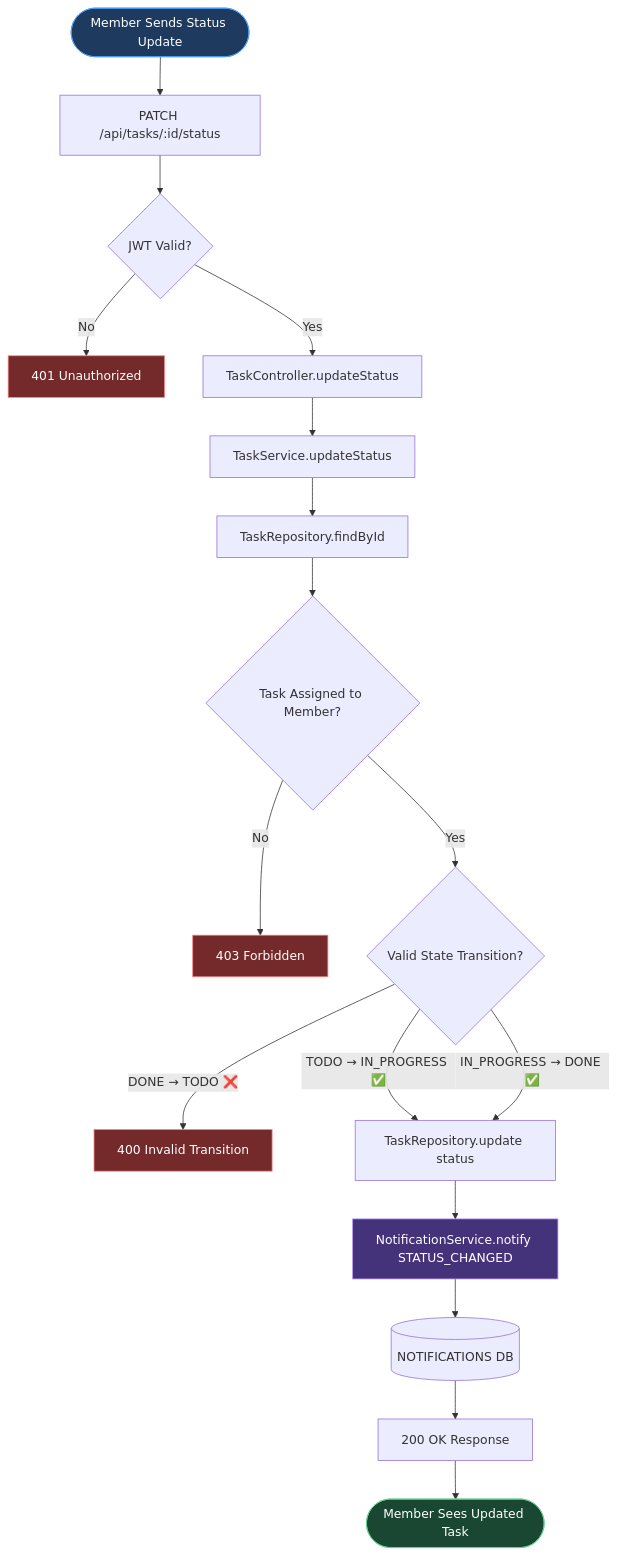
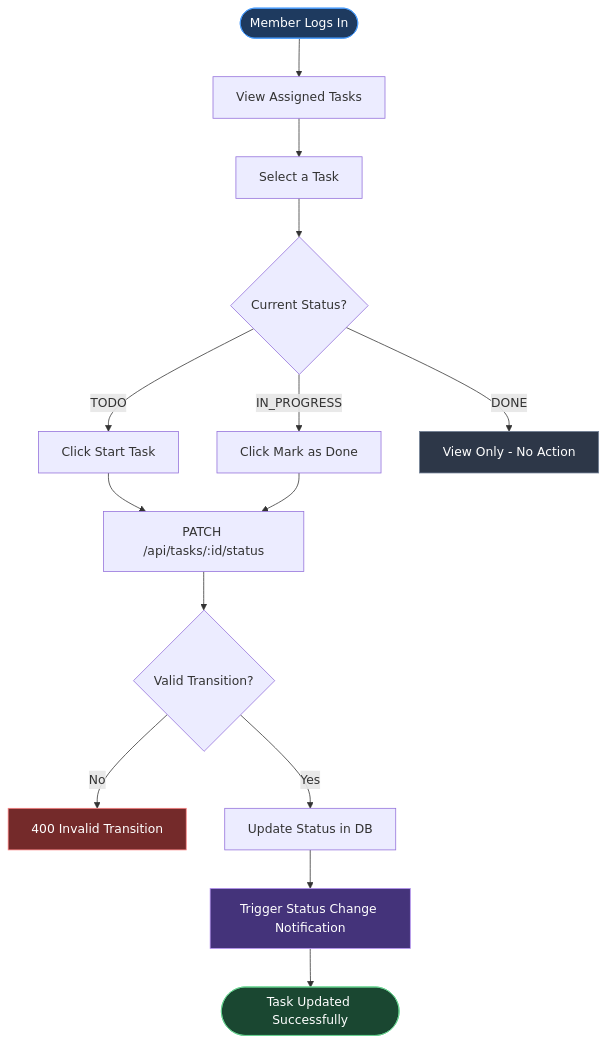
The fourth of 4 diagrams in sequenceDiagram.md (VIPAX-JIT/TaskFlow), drawn with Mermaid before and after one commit. The commit also changed other lines of this file, not shown here.

Commit message:
making some simplier flowchart of complex diagram

````diff
--- a/sequenceDiagram.md
+++ b/sequenceDiagram.md
@@ -192,26 +144,22 @@
 ```mermaid
 flowchart TD
-    A([Member Sends Status Update]) --> B[PATCH /api/tasks/:id/status]
-    B --> C{JWT Valid?}
-    C -->|No| D[401 Unauthorized]
-    C -->|Yes| E[TaskController.updateStatus]
-    E --> F[TaskService.updateStatus]
-    F --> G[TaskRepository.findById]
-    G --> H{Task Assigned to Member?}
-    H -->|No| I[403 Forbidden]
-    H -->|Yes| J{Valid State Transition?}
-    J -->|"DONE → TODO ❌"| K[400 Invalid Transition]
-    J -->|"TODO → IN_PROGRESS ✅"| L[TaskRepository.update status]
-    J -->|"IN_PROGRESS → DONE ✅"| L
-    L --> M[NotificationService.notify STATUS_CHANGED]
-    M --> N[(NOTIFICATIONS DB)]
-    N --> O[200 OK Response]
-    O --> P([Member Sees Updated Task])
+    A([Member Logs In]) --> B[View Assigned Tasks]
+    B --> C[Select a Task]
+    C --> D{Current Status?}
+    D -->|TODO| E[Click Start Task]
+    D -->|IN_PROGRESS| F[Click Mark as Done]
+    D -->|DONE| G[View Only - No Action]
+    E --> H[PATCH /api/tasks/:id/status]
+    F --> H
+    H --> I{Valid Transition?}
+    I -->|No| J[400 Invalid Transition]
+    I -->|Yes| K[Update Status in DB]
+    K --> L[Trigger Status Change Notification]
+    L --> M([Task Updated Successfully])
 
     style A fill:#1e3a5f,stroke:#4a9eff,color:#fff
-    style D fill:#742a2a,stroke:#fc8181,color:#fff
-    style I fill:#742a2a,stroke:#fc8181,color:#fff
-    style K fill:#742a2a,stroke:#fc8181,color:#fff
-    style P fill:#1a4731,stroke:#68d391,color:#fff
-    style M fill:#44337a,stroke:#b794f4,color:#fff
+    style J fill:#742a2a,stroke:#fc8181,color:#fff
+    style G fill:#2d3748,stroke:#718096,color:#fff
+    style M fill:#1a4731,stroke:#68d391,color:#fff
+    style L fill:#44337a,stroke:#b794f4,color:#fff
 ```
````
